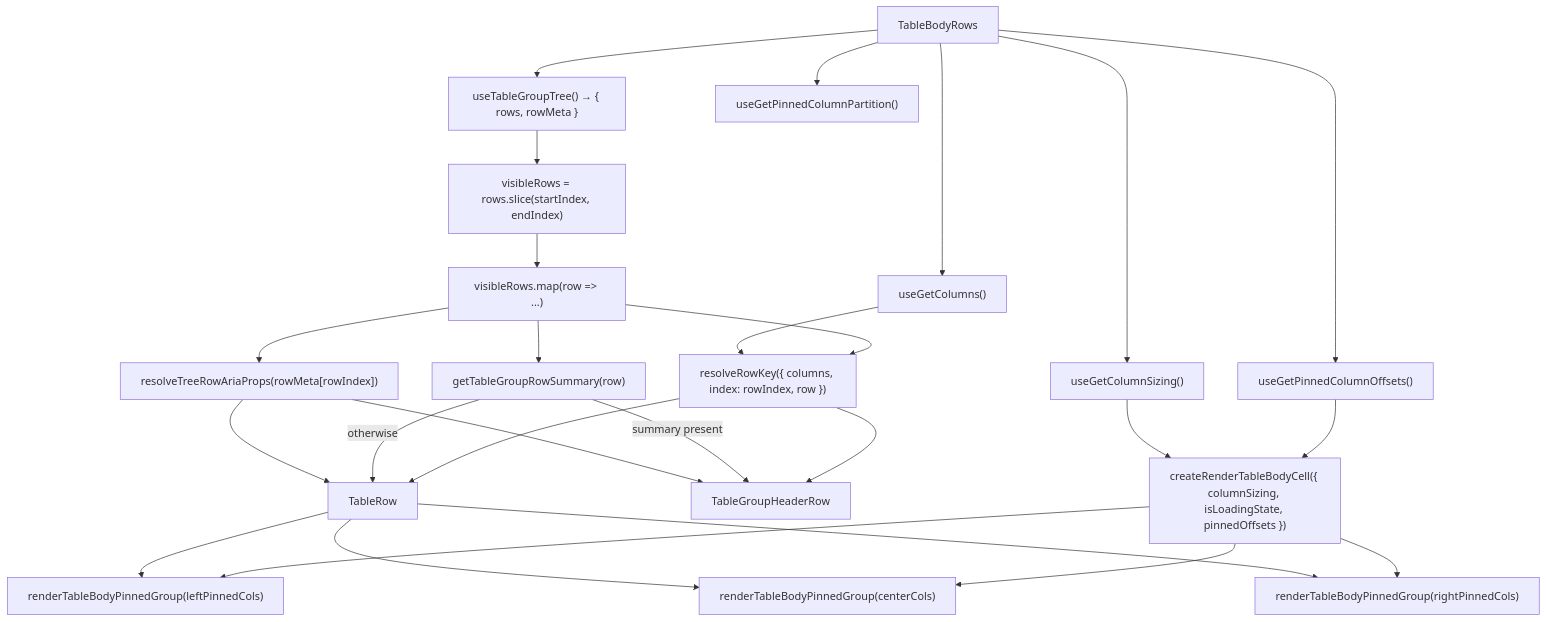
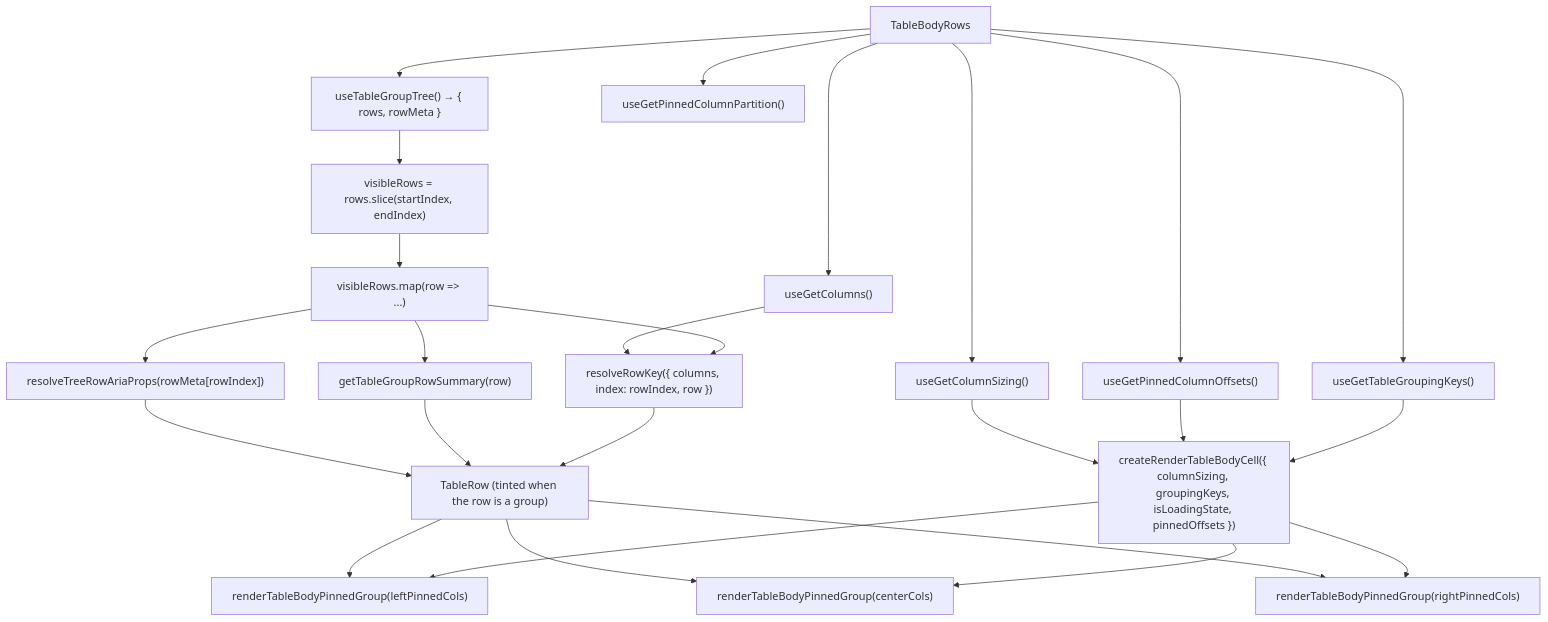
One commit to luciocabrera/lcabrera-stack changed the diagram in packages/ui/src/components/Table/TableBodyRows/ARCHITECTURE.md. Above: the diagram before and after it, drawn with Mermaid. The commit also changed other lines of this file and 157 other files, not shown here.

First line of the commit message:
feat(ui): rollup subtotals, a hierarchy column and grouping-led ordering (#663)

````diff
--- a/packages/ui/src/components/Table/TableBodyRows/ARCHITECTURE.md
+++ b/packages/ui/src/components/Table/TableBodyRows/ARCHITECTURE.md
@@ -54,30 +63,30 @@
 ```mermaid
 graph TD
   TBR["TableBodyRows"] --> data["useTableGroupTree() → { rows, rowMeta }"]
   TBR --> COL["useGetColumns()"]
   TBR --> CG["useGetPinnedColumnPartition()"]
   TBR --> CS["useGetColumnSizing()"]
   TBR --> PO["useGetPinnedColumnOffsets()"]
 
+  TBR --> GK["useGetTableGroupingKeys()"]
+
   data --> slice["visibleRows = rows.slice(startIndex, endIndex)"]
-  CS --> renderer["createRenderTableBodyCell({ columnSizing, isLoadingState, pinnedOffsets })"]
+  CS --> renderer["createRenderTableBodyCell({ columnSizing, groupingKeys, isLoadingState, pinnedOffsets })"]
   PO --> renderer
+  GK --> renderer
 
   slice --> map["visibleRows.map(row => ...)"]
   COL --> key["resolveRowKey({ columns, index: rowIndex, row })"]
   map --> key
   map --> tree["resolveTreeRowAriaProps(rowMeta[rowIndex])"]
   map --> summary["getTableGroupRowSummary(row)"]
-  tree --> GH
   tree --> TR
-  summary -->|"summary present"| GH["TableGroupHeaderRow"]
-  summary -->|"otherwise"| TR["TableRow"]
-  key --> GH
+  summary --> TR["TableRow (tinted when the row is a group)"]
   key --> TR
   TR --> left["renderTableBodyPinnedGroup(leftPinnedCols)"]
   TR --> center["renderTableBodyPinnedGroup(centerCols)"]
   TR --> right["renderTableBodyPinnedGroup(rightPinnedCols)"]
   renderer --> left
   renderer --> center
   renderer --> right
 ```
````
